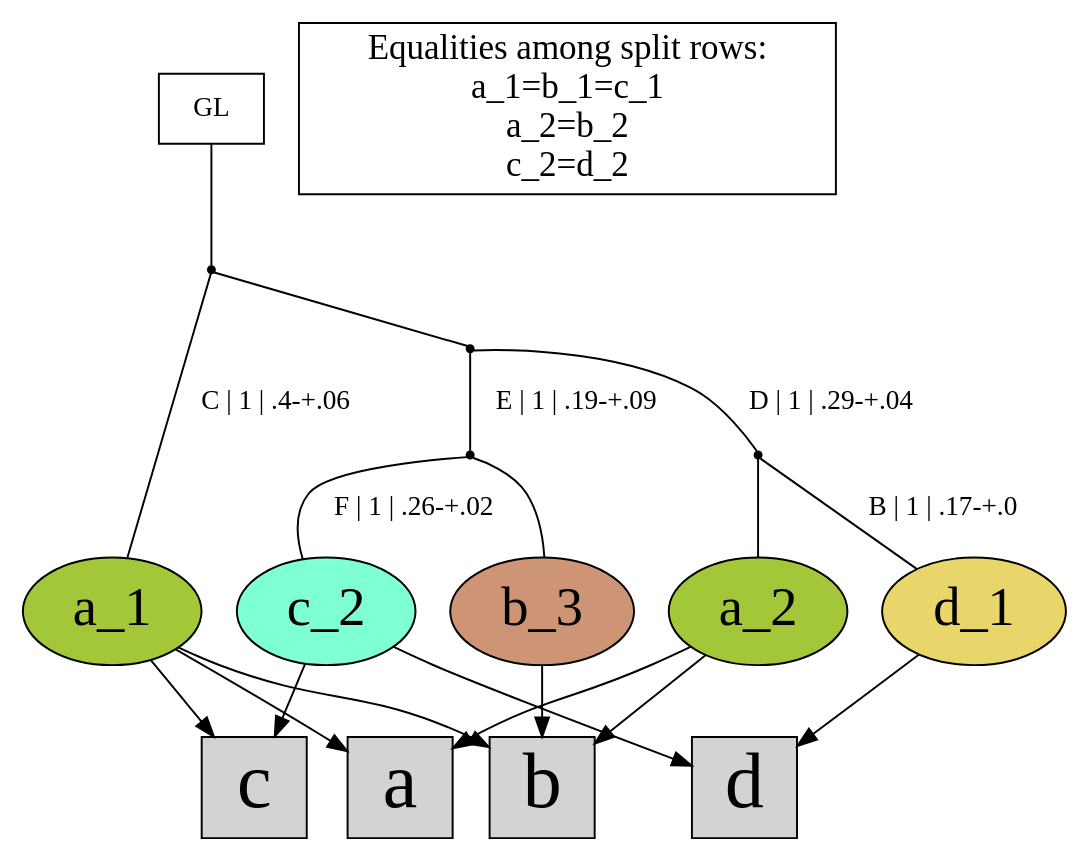
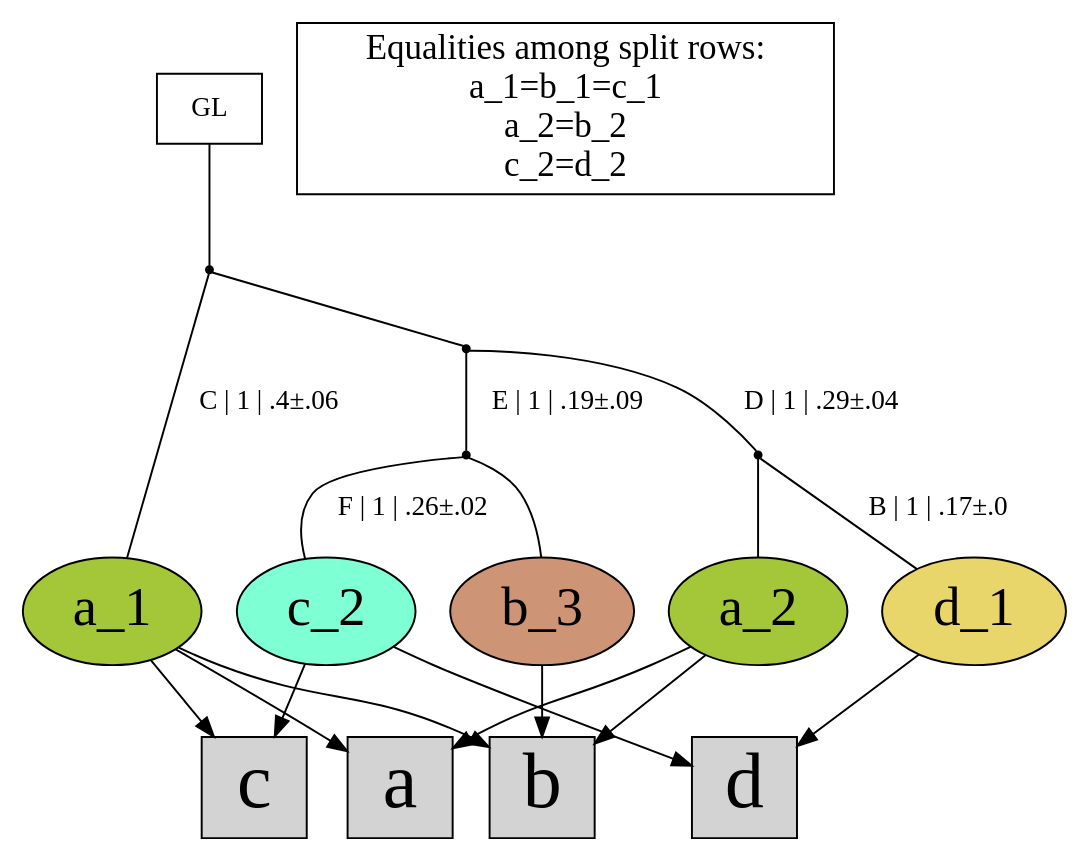
One commit to zhero9/MIPUP changed the diagram in ExamplesReadMe/matrixVAF_RS/matrixVAF_ipd_tree.dot. Above: the diagram before and after it, drawn with Graphviz. The commit also changed 3 other files, not shown here.

```diff
--- a/ExamplesReadMe/matrixVAF_RS/matrixVAF_ipd_tree.dot
+++ b/ExamplesReadMe/matrixVAF_RS/matrixVAF_ipd_tree.dot
@@ -1,40 +1,40 @@
 digraph {
 rowa[label="a",shape=box,style=filled,fontsize=40];
 rowb[label="b",shape=box,style=filled,fontsize=40];
 rowc[label="c",shape=box,style=filled,fontsize=40];
 rowd[label="d",shape=box,style=filled,fontsize=40];
 a_1[label="a_1",shape=oval,style=filled,fontsize=28,fillcolor="#a4c639"];
 a_2[label="a_2",shape=oval,style=filled,fontsize=28,fillcolor="#a4c639"];
 b_3[label="b_3",shape=oval,style=filled,fontsize=28,fillcolor="#cd9575"];
 c_2[label="c_2",shape=oval,style=filled,fontsize=28,fillcolor="#7fffd4"];
 d_1[label="d_1",shape=oval,style=filled,fontsize=28,fillcolor="#e9d66b"];
 a_1 -> rowa[arrowhead="normal"];
 a_2 -> rowa[arrowhead="normal"];
 a_1 -> rowb[arrowhead="normal"];
 a_2 -> rowb[arrowhead="normal"];
 b_3 -> rowb[arrowhead="normal"];
 a_1 -> rowc[arrowhead="normal"];
 c_2 -> rowc[arrowhead="normal"];
 d_1 -> rowd[arrowhead="normal"];
 c_2 -> rowd[arrowhead="normal"];
 {rank = same;a_1;a_2;b_3;c_2;d_1;}
 legend[label="Equalities among split rows:
 a_1=b_1=c_1
 a_2=b_2
 c_2=d_2
 ",shape=box,fontsize=18];
 Int1[shape=point,style=filled,fillcolor=black,label=""];
 Int1 -> b_3[arrowhead=none, label=""];
-Int1 -> c_2[arrowhead=none, label="F | 1 | .26-+.02"];
+Int1 -> c_2[arrowhead=none, label="F | 1 | .26±.02"];
 Int2[shape=point,style=filled,fillcolor=black,label=""];
 Int2 -> a_2[arrowhead=none, label=""];
-Int2 -> d_1[arrowhead=none, label="B | 1 | .17-+.0"];
+Int2 -> d_1[arrowhead=none, label="B | 1 | .17±.0"];
 Int3[shape=point,style=filled,fillcolor=black,label=""];
-Int3 -> Int1[arrowhead=none, label="E | 1 | .19-+.09"];
-Int3 -> Int2[arrowhead=none, label="D | 1 | .29-+.04"];
+Int3 -> Int1[arrowhead=none, label="E | 1 | .19±.09"];
+Int3 -> Int2[arrowhead=none, label="D | 1 | .29±.04"];
 Int4[shape=point,style=filled,fillcolor=black,label=""];
-Int4 -> a_1[arrowhead=none, label="C | 1 | .4-+.06"];
+Int4 -> a_1[arrowhead=none, label="C | 1 | .4±.06"];
 Int4 -> Int3[arrowhead=none, label=""];
 GL[label="GL",shape=box,style=filled,fillcolor=white];
 GL -> Int4[arrowhead=none, label=""];
 }
```
